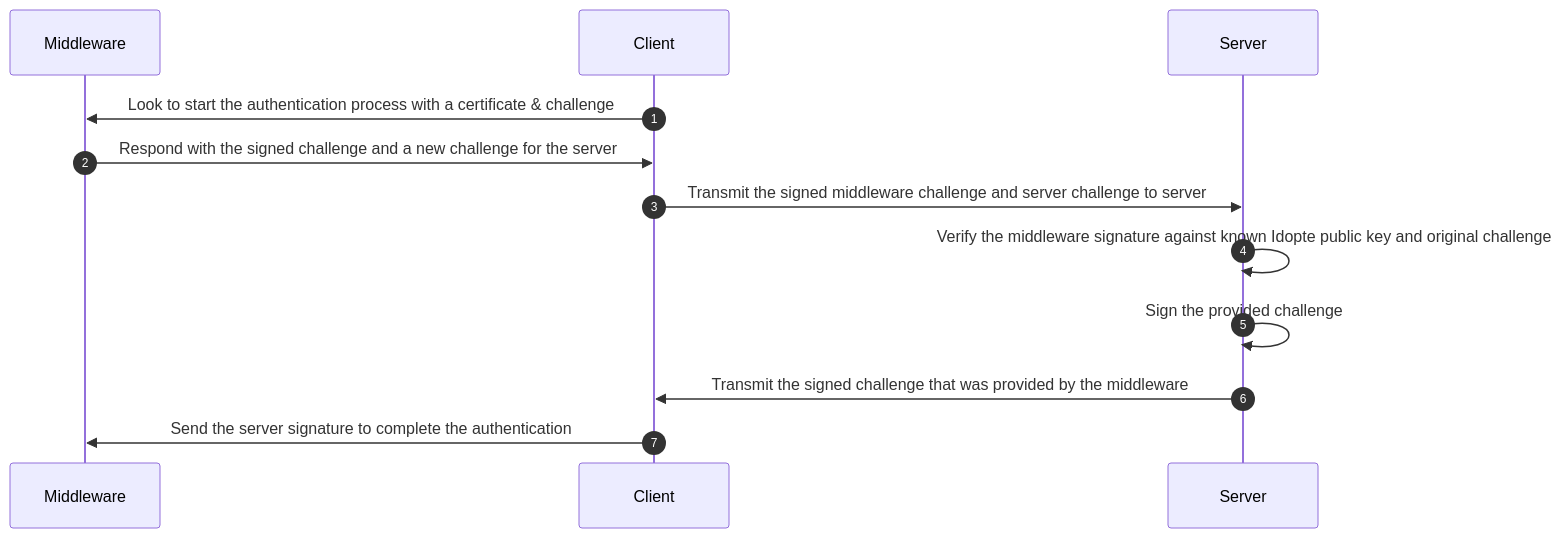
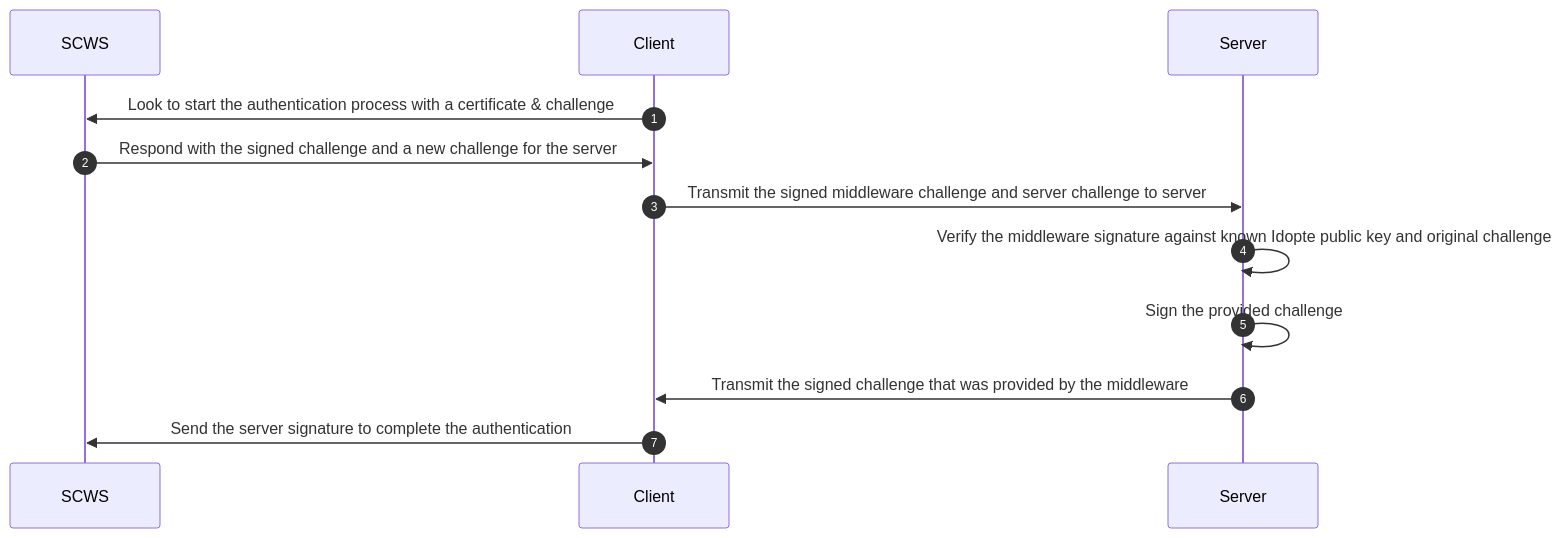
The diagram in docs/rfcs/1026-pki-web-idopte-mutual-auth.md (Scille/parsec-cloud), drawn with Mermaid before and after one commit. The commit also changed other lines of this file, not shown here.

````diff
--- a/docs/rfcs/1026-pki-web-idopte-mutual-auth.md
+++ b/docs/rfcs/1026-pki-web-idopte-mutual-auth.md
@@ -32,15 +32,15 @@
 ```mermaid
 sequenceDiagram
   autonumber
-  participant M as Middleware
+  participant M as SCWS
   participant C as Client
   participant S as Server
 
   C ->> M: Look to start the authentication process with a certificate & challenge
   M ->> C: Respond with the signed challenge and a new challenge for the server
   C ->> S: Transmit the signed middleware challenge and server challenge to server
   S ->> S: Verify the middleware signature against known Idopte public key and original challenge
   S ->> S: Sign the provided challenge
   S ->> C: Transmit the signed challenge that was provided by the middleware
   C ->> M: Send the server signature to complete the authentication
 ```
````
